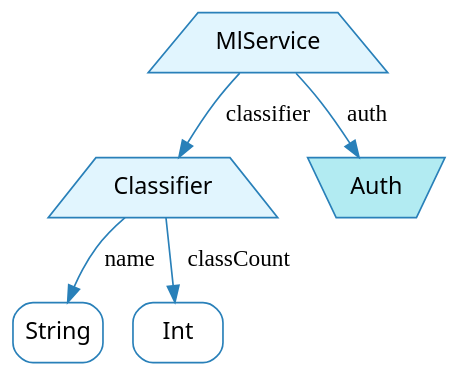
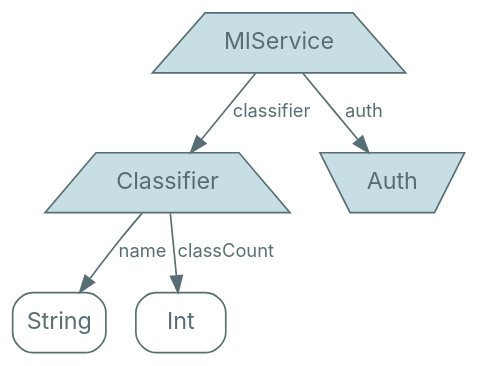
The diagram in src/graphviz/mlservice-2.dot (nrinaudo/optics-from-the-ground-up), drawn with Graphviz before and after one commit. The commit also changed 67 other files, not shown here.

```diff
--- a/src/graphviz/mlservice-2.dot
+++ b/src/graphviz/mlservice-2.dot
@@ -1,48 +1,42 @@
 digraph {
     bgcolor=transparent
 
     // Default theme
-    node[shape="rectangle" style="rounded,filled" color="#2980B9" fontname="Segoe UI,Roboto,Helvetica,Arial,sans-serif" fillcolor="#ffffff" fontcolor="#000000"]
-    edge [color="#2980B9" fontcolor="#000000"]
+    node[shape="rectangle" style="rounded,filled" color="#586E75" fillcolor="#ffffff" fontcolor="#586E75" fontname="Inter,Arial"]
+    edge[color="#586E75" fontcolor="#586E75" fontname="Inter,Arial" fontsize=11]
 
     // product types
-    mlService, classifier, login, token [shape=trapezium style=filled fillcolor="#e1f5fe"]
+    mlService, classifier, login, token [shape=trapezium style=filled fillcolor="#C8DEE5"]
 
     // sum types
-    auth[shape=invtrapezium, style=filled fillcolor="#b2ebf2"]
-
-    // Lit nodes
-    mlService, classifier, classifier_name [color="#2980B9", fontcolor="#000000"]
-    mlService, classifier [fillcolor="#e1f5fe"]
-
+    auth[shape=invtrapezium, style=filled fillcolor="#C8DEE5"]
 
     mlService[label=MlService]
 
     classifier[label=Classifier]
     classifier_name[label=String shape=box]
     classifier_classCount[label=Int shape=box]
 
     auth[label=Auth]
 
     login[label=Login style=invis]
     login_user[label=String shape=box style=invis]
     login_password[label=String shape=box style=invis]
 
     token[label=Token style=invis]
     token_token[label=String shape=box style=invis]
 
-    mlService -> classifier [label=classifier]
-    mlService -> auth [label=auth]
+    mlService -> classifier[label=classifier]
+    mlService -> auth[label=auth]
 
-    classifier -> classifier_name [label=name]
-    classifier -> classifier_classCount [label=classCount]
+    classifier -> classifier_name[label=name]
+    classifier -> classifier_classCount[label=classCount]
 
-    token -> token_token [label=token style=invis]
+    token -> token_token[label=token style=invis]
 
-    login -> login_user [label=user style=invis]
-    login -> login_password [label=password style=invis]
+    login -> login_user[label=user style=invis]
+    login -> login_password[label=password style=invis]
 
     auth -> token[style=dashed style=invis]
     auth -> login[style=dashed style=invis]
-
 }
```
